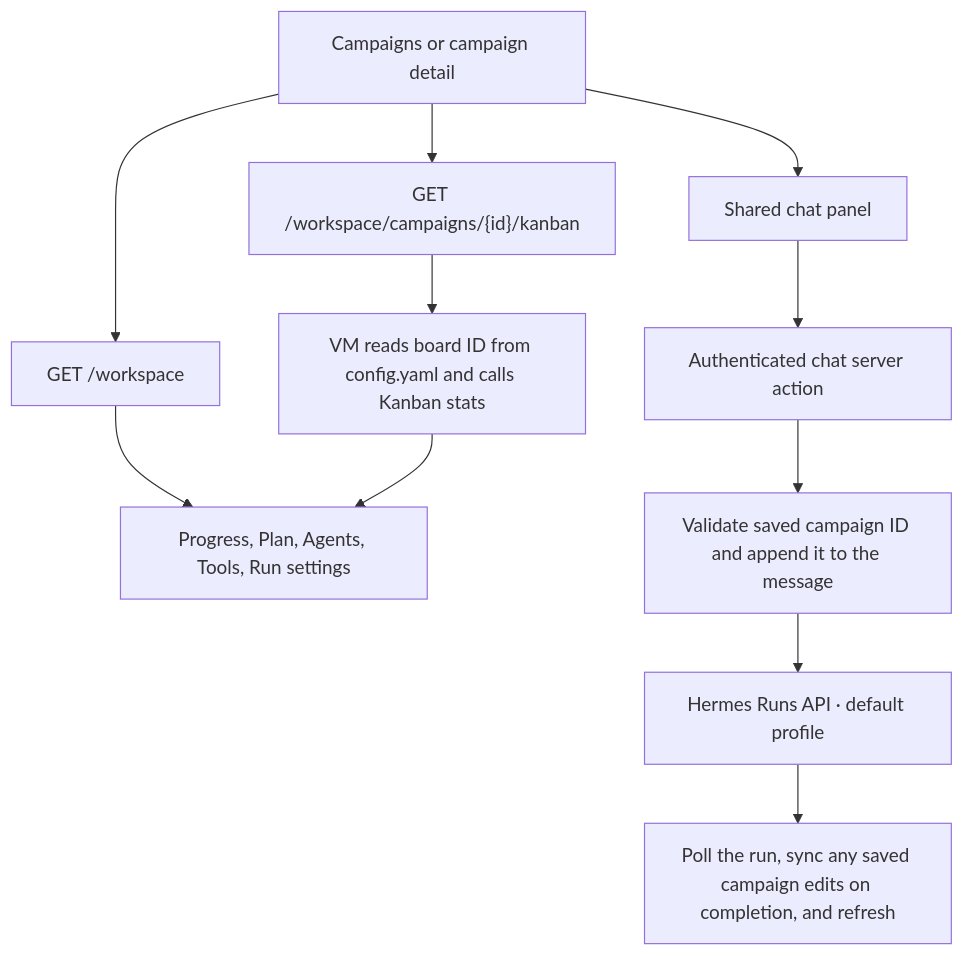
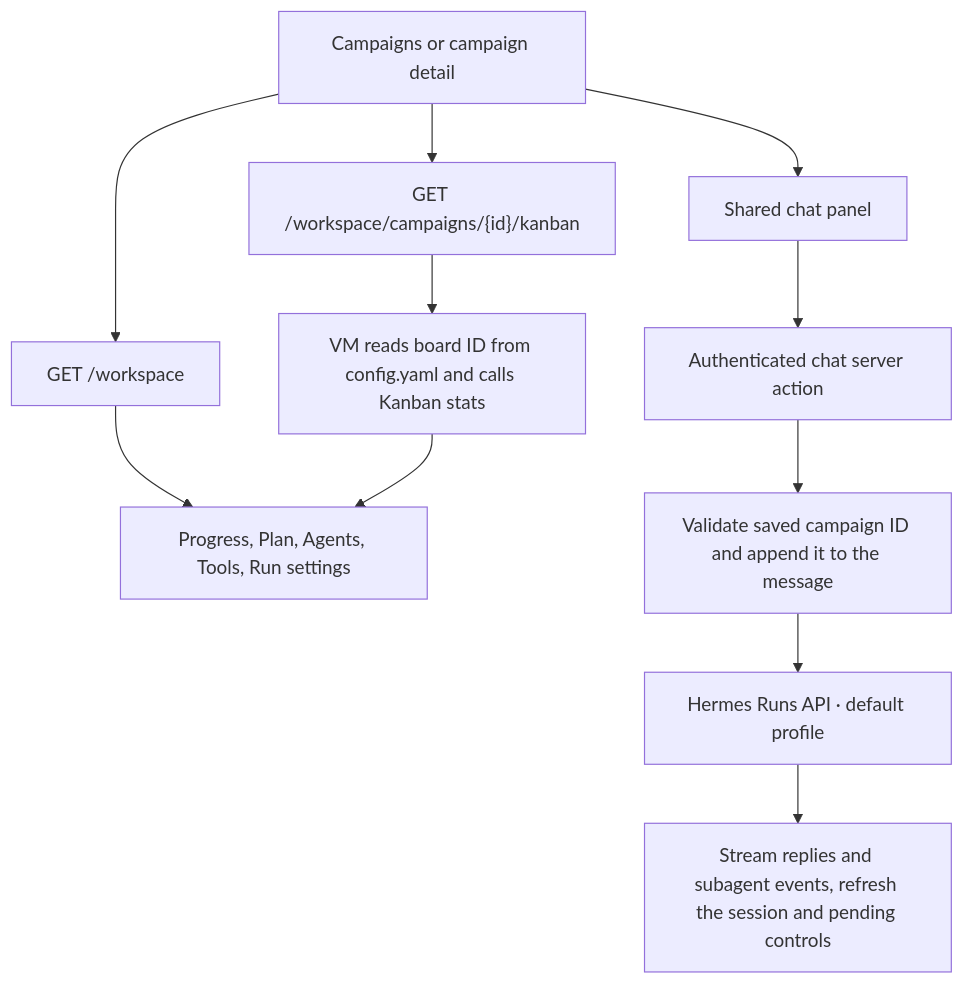
Before and after one commit to openmarketing-agency/openmarketing.agency: the fourth of 7 diagrams in docs/architecture.md, drawn with Mermaid. The commit also changed other lines of this file and 23 other files, not shown here.

````diff
--- a/docs/architecture.md
+++ b/docs/architecture.md
@@ -167,17 +167,17 @@
 ```mermaid
 flowchart TD
     Dash["Campaigns or campaign detail"]
     Records["GET /workspace"]
     Board["GET /workspace/campaigns/{id}/kanban"]
     Stats["VM reads board ID from config.yaml and calls Kanban stats"]
     Tabs["Progress, Plan, Agents, Tools, Run settings"]
     Chat["Shared chat panel"]
     Action["Authenticated chat server action"]
     Context["Validate saved campaign ID and append it to the message"]
     Runs["Hermes Runs API · default profile"]
-    Next["Poll the run, sync any saved campaign edits on completion, and refresh"]
+    Next["Stream replies and subagent events, refresh the session and pending controls"]
 
     Dash --> Records --> Tabs
     Dash --> Board --> Stats --> Tabs
     Dash --> Chat --> Action --> Context --> Runs --> Next
 ```
````
